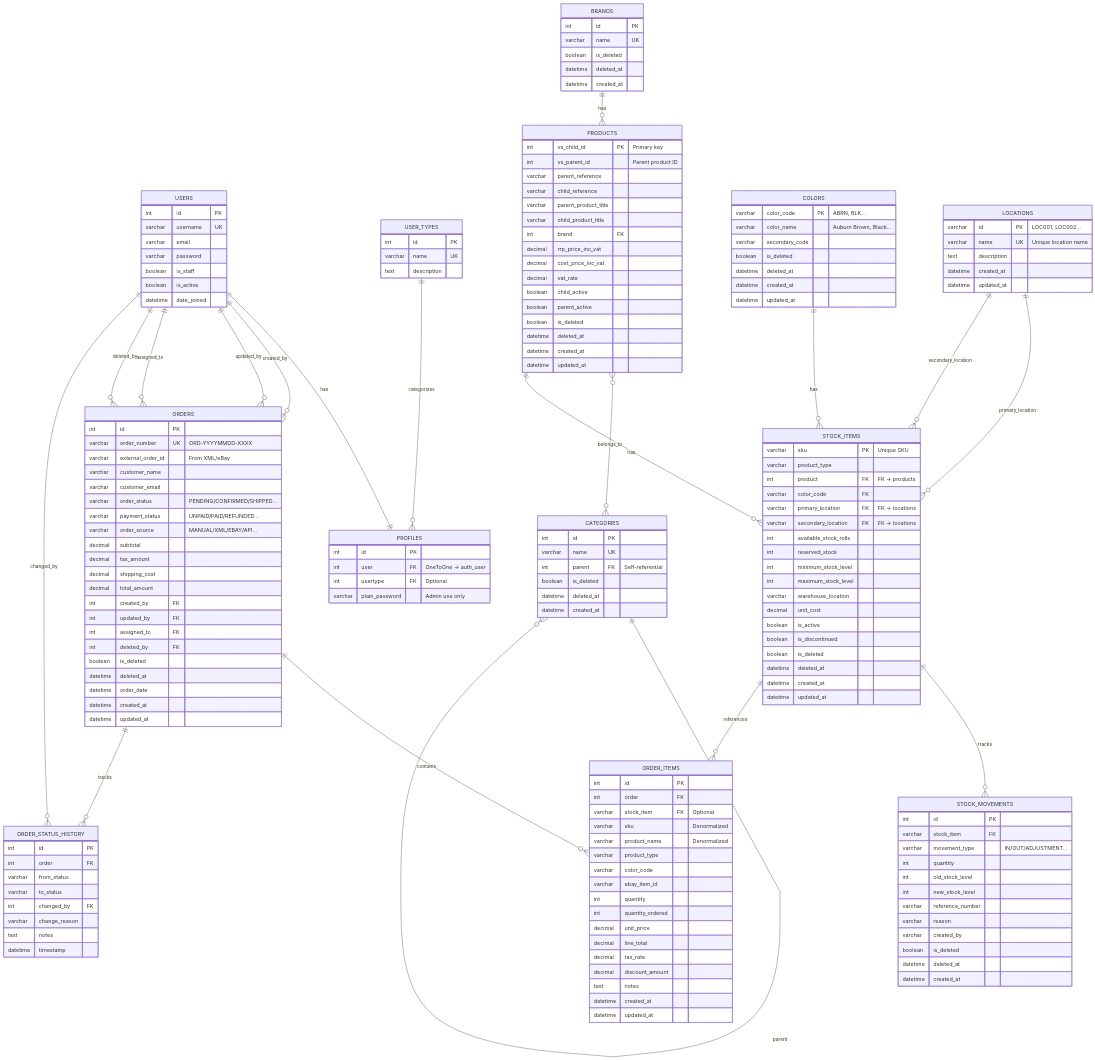
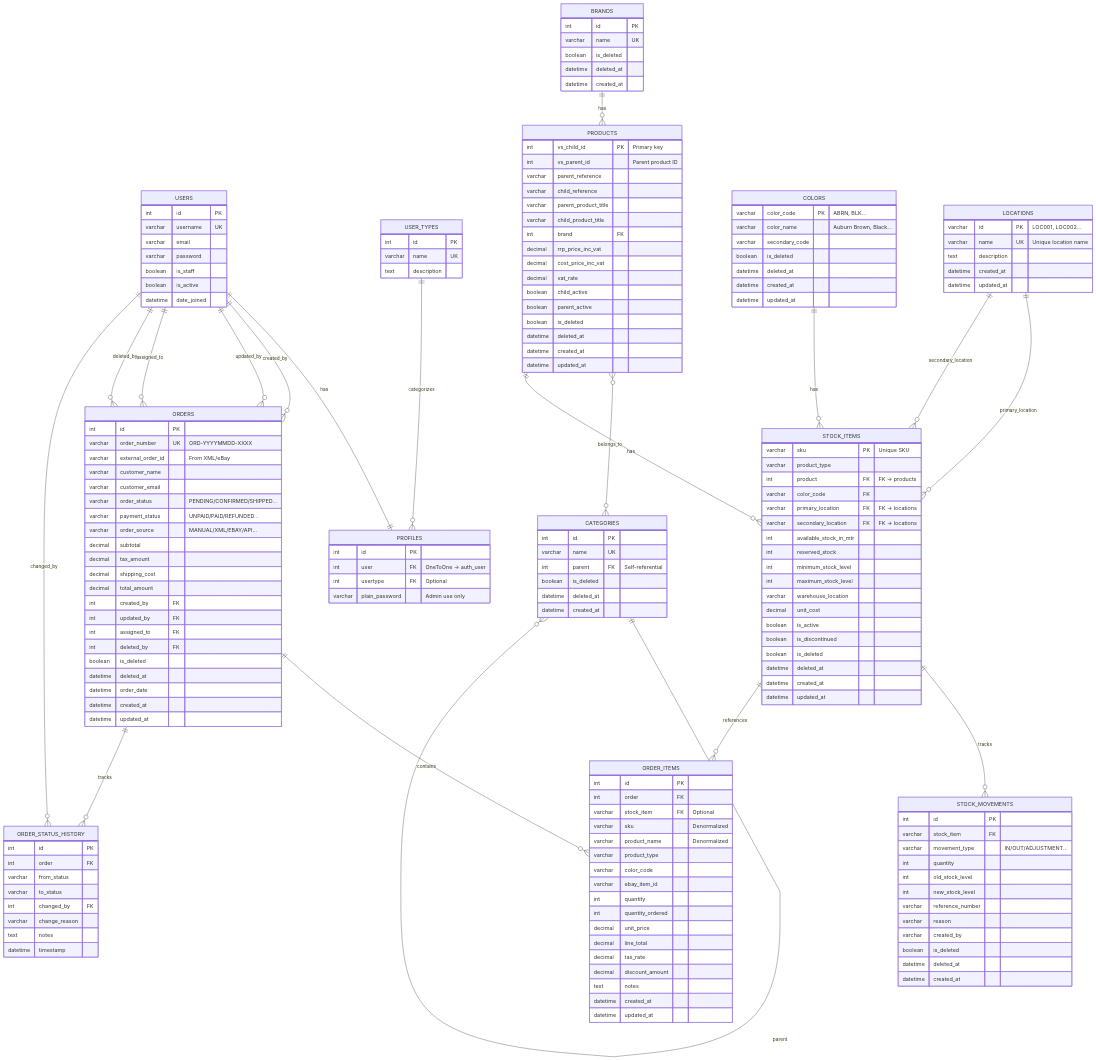
Before and after one commit to sahil-vakte/inventory-management-backend: the diagram in DATABASE_SCHEMA_OVERVIEW.md, drawn with Mermaid. The commit also changed other lines of this file and 11 other files, not shown here.

Commit message:
rolls to mtr

```diff
--- a/DATABASE_SCHEMA_OVERVIEW.md
+++ b/DATABASE_SCHEMA_OVERVIEW.md
@@ -138,7 +138,7 @@
         varchar color_code FK
         varchar primary_location FK "FK -> locations"
         varchar secondary_location FK "FK -> locations"
-        int available_stock_rolls
+        int available_stock_in_mtr
         int reserved_stock
         int minimum_stock_level
         int maximum_stock_level
```
